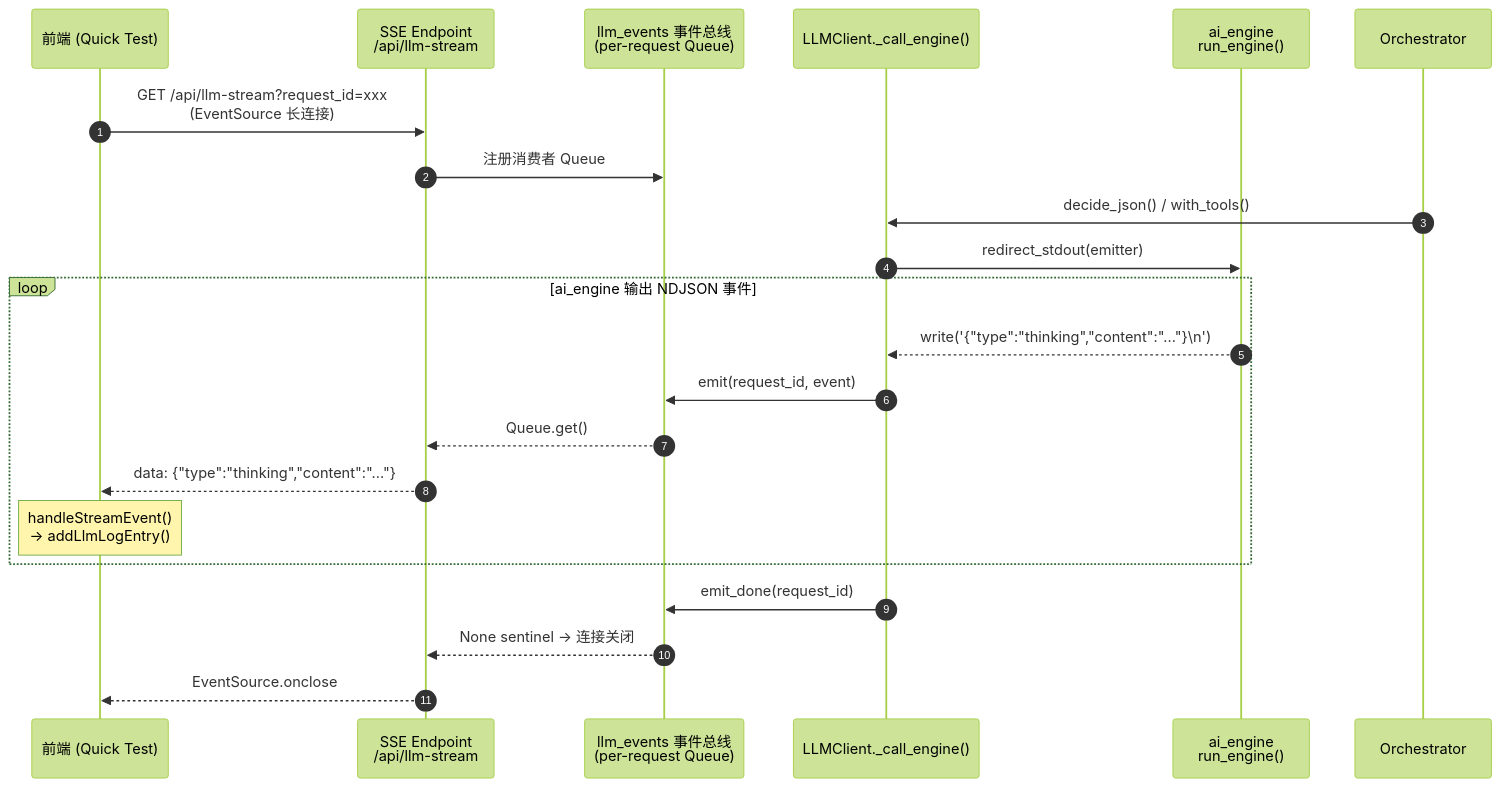
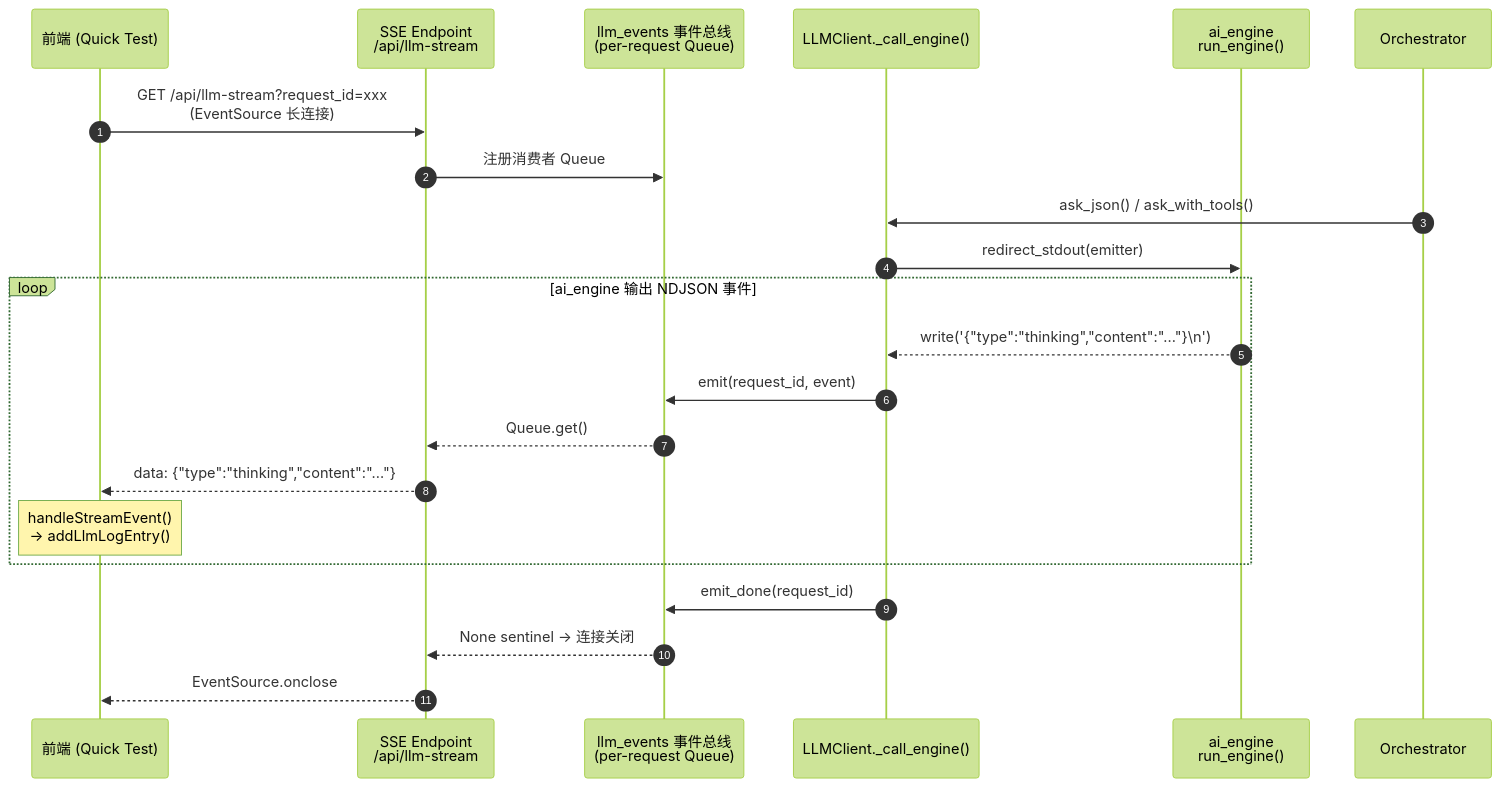
Diagram 16 of 16 in doc/design.md (jimmylang74/Helix), drawn with Mermaid (forest theme) before and after one commit. The commit also changed other lines of this file, not shown here.

````diff
--- a/doc/design.md
+++ b/doc/design.md
@@ -1071,27 +1097,27 @@
 ```mermaid
 sequenceDiagram
     autonumber
     participant FE as 前端 (Quick Test)
     participant SSE as SSE Endpoint<br/>/api/llm-stream
     participant Bus as llm_events 事件总线<br/>(per-request Queue)
     participant LLM as LLMClient._call_engine()
     participant Eng as ai_engine<br/>run_engine()
     participant Orch as Orchestrator
 
     FE->>SSE: GET /api/llm-stream?request_id=xxx<br/>(EventSource 长连接)
     SSE->>Bus: 注册消费者 Queue
 
-    Orch->>LLM: decide_json() / with_tools()
+    Orch->>LLM: ask_json() / ask_with_tools()
     LLM->>Eng: redirect_stdout(emitter)
     loop ai_engine 输出 NDJSON 事件
         Eng-->>LLM: write('{"type":"thinking","content":"..."}\n')
         LLM->>Bus: emit(request_id, event)
         Bus-->>SSE: Queue.get()
         SSE-->>FE: data: {"type":"thinking","content":"..."}
         Note over FE: handleStreamEvent()<br/>→ addLlmLogEntry()
     end
 
     LLM->>Bus: emit_done(request_id)
     Bus-->>SSE: None sentinel → 连接关闭
     SSE-->>FE: EventSource.onclose
 ```
````
